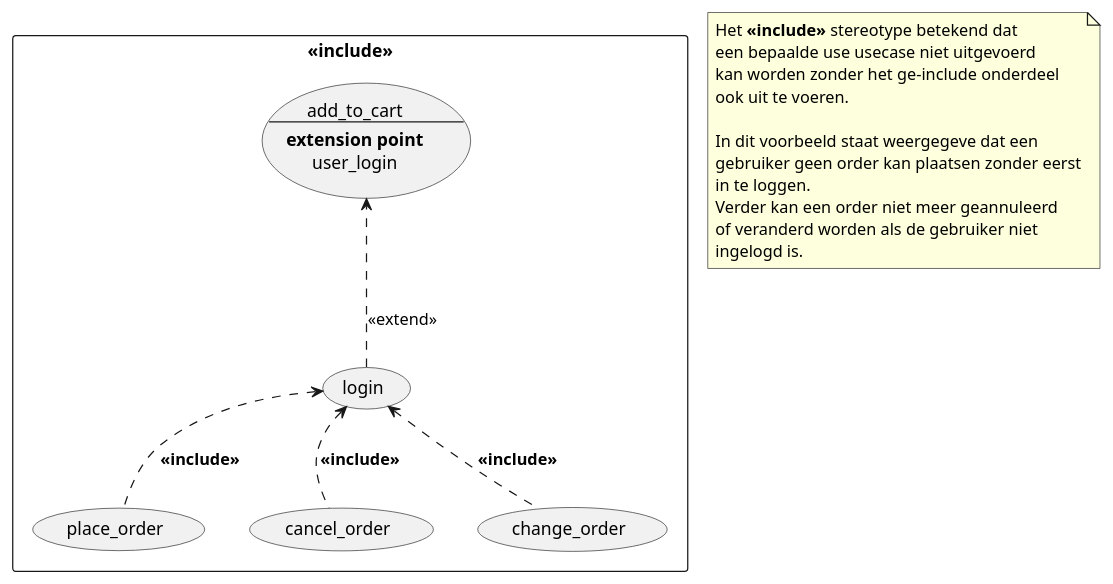
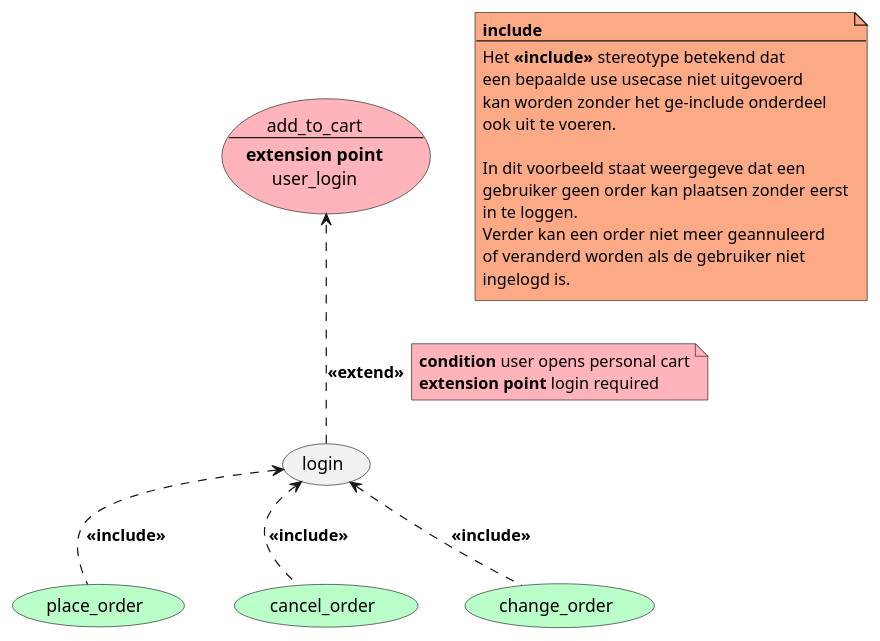
The diagram in plantuml/use_case/include.puml (LukevLuijn/cheat_sheet_osm_mo), drawn with PlantUML before and after one commit. The commit also changed 28 other files, not shown here.

Commit message:
[cheat-sheet] added colors to all diagrams #2.

```diff
--- a/plantuml/use_case/include.puml
+++ b/plantuml/use_case/include.puml
@@ -1,38 +1,40 @@
 @startuml
 'https://plantuml.com/use-case-diagram
 
-rectangle r1 as "<<include>>"{
-    usecase r1_uc1 as "place_order"
-    usecase r1_uc2 as "cancel_order"
-    usecase r1_uc3 as "change_order"
-    usecase r1_uc4 as "add_to_cart
+usecase usecase1 as "place_order" #BAFFC9
+usecase usecase2 as "cancel_order" #BAFFC9
+usecase usecase3 as "change_order" #BAFFC9
+usecase usecase4 as "add_to_cart\n--\n**extension point**\nuser_login" #FFB3BA
+usecase usecase5 as "login"
+
+usecase5 <.. usecase1 : **<<include>>**
+usecase5 <.. usecase2 : **<<include>>**
+usecase5 <.. usecase3 : **<<include>>**
+usecase5 ..> usecase4 : **<<extend>>**
+note right on link #FFB3BA
+    **condition** user opens personal cart
+    **extension point** login required
+end note
+
+usecase1 -[hidden]down-> usecase5
+usecase2 -[hidden]down-> usecase5
+usecase3 -[hidden]down-> usecase5
+usecase4 -[hidden]right-> usecase5
+
+note as n1 #FCA985
+    **include**
     --
-    **extension point**
-    user_login"
-    usecase r1_uc5 as "login"
-
-    r1_uc5 <.. r1_uc1 : **<<include>>**
-    r1_uc5 <.. r1_uc2 : **<<include>>**
-    r1_uc5 <.. r1_uc3 : **<<include>>**
-    r1_uc5 ..> r1_uc4 : <<extend>>
-
-    r1_uc1 -[hidden]down-> r1_uc5
-    r1_uc2 -[hidden]down-> r1_uc5
-    r1_uc3 -[hidden]down-> r1_uc5
-    r1_uc4 -[hidden]right-> r1_uc5
-}
-note as n1
     Het **<<include>>** stereotype betekend dat
     een bepaalde use usecase niet uitgevoerd
     kan worden zonder het ge-include onderdeel
     ook uit te voeren.
 
     In dit voorbeeld staat weergegeve dat een
     gebruiker geen order kan plaatsen zonder eerst
     in te loggen.
     Verder kan een order niet meer geannuleerd
     of veranderd worden als de gebruiker niet
     ingelogd is.
 end note
 
 @enduml
```
